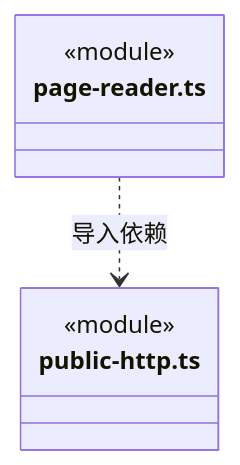
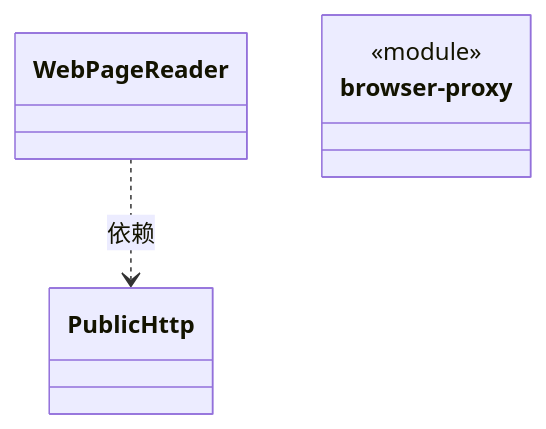
The diagram in src/core/platform/node/web/ARCHITECTURE.md (nan023062/cbim), drawn with Mermaid before and after one commit. The commit also changed other lines of this file and 158 other files, not shown here.

Commit message:
docs: model architecture through nested virtual encapsulations

````diff
--- a/src/core/platform/node/web/ARCHITECTURE.md
+++ b/src/core/platform/node/web/ARCHITECTURE.md
@@ -232,10 +21,12 @@
 ```mermaid
 classDiagram
-class N_src_core_platform_node_web_page_reader_ts["page-reader.ts"] {
+class N_01a5f13cc1f1["PublicHttp"]
+click N_01a5f13cc1f1 href "public-http.ts"
+class N_f3813ef4b06f["WebPageReader"]
+click N_f3813ef4b06f href "page-reader.ts"
+class N_7eff2f2d3988["browser-proxy"] {
   <<module>>
 }
-class N_src_core_platform_node_web_public_http_ts["public-http.ts"] {
-  <<module>>
-}
-N_src_core_platform_node_web_page_reader_ts ..> N_src_core_platform_node_web_public_http_ts : 导入依赖
+click N_7eff2f2d3988 href "browser-proxy.ts"
+N_f3813ef4b06f ..> N_01a5f13cc1f1 : 依赖
 ```
````
